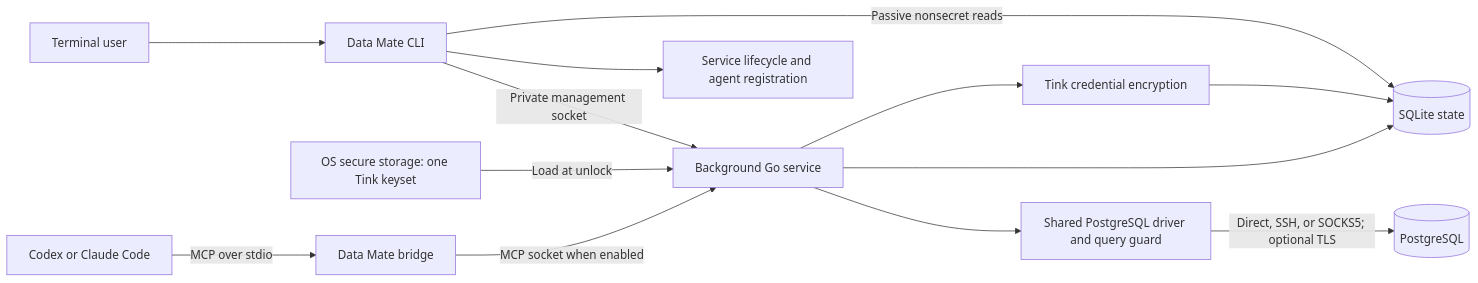
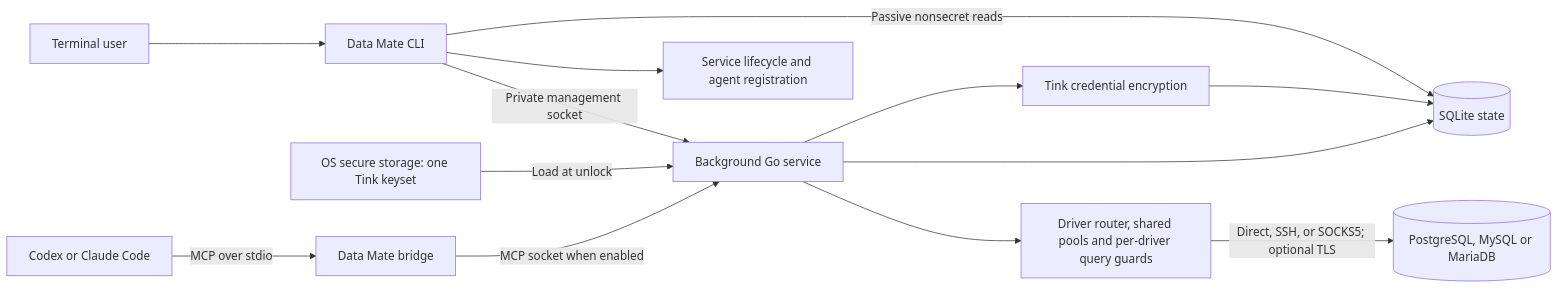
Before and after one commit to swqa7697/data-mate: the diagram in specs/DESIGN.md, drawn with Mermaid. The commit also changed other lines of this file and 105 other files, not shown here.

````diff
--- a/specs/DESIGN.md
+++ b/specs/DESIGN.md
@@ -24,15 +24,15 @@
 ```mermaid
 flowchart LR
     User[Terminal user] --> CLI[Data Mate CLI]
     CLI -->|Private management socket| Service[Background Go service]
     CLI --> Lifecycle[Service lifecycle and agent registration]
     CLI -->|Passive nonsecret reads| Store[(SQLite state)]
     Keychain[OS secure storage: one Tink keyset] -->|Load at unlock| Service
     Agent[Codex or Claude Code] -->|MCP over stdio| Bridge[Data Mate bridge]
     Bridge -->|MCP socket when enabled| Service
     Service --> Vault[Tink credential encryption]
     Vault --> Store
     Service --> Store
-    Service --> Driver[Shared PostgreSQL driver and query guard]
-    Driver -->|Direct, SSH, or SOCKS5; optional TLS| DB[(PostgreSQL)]
+    Service --> Driver[Driver router, shared pools and per-driver query guards]
+    Driver -->|Direct, SSH, or SOCKS5; optional TLS| DB[(PostgreSQL, MySQL or MariaDB)]
 ```
````
